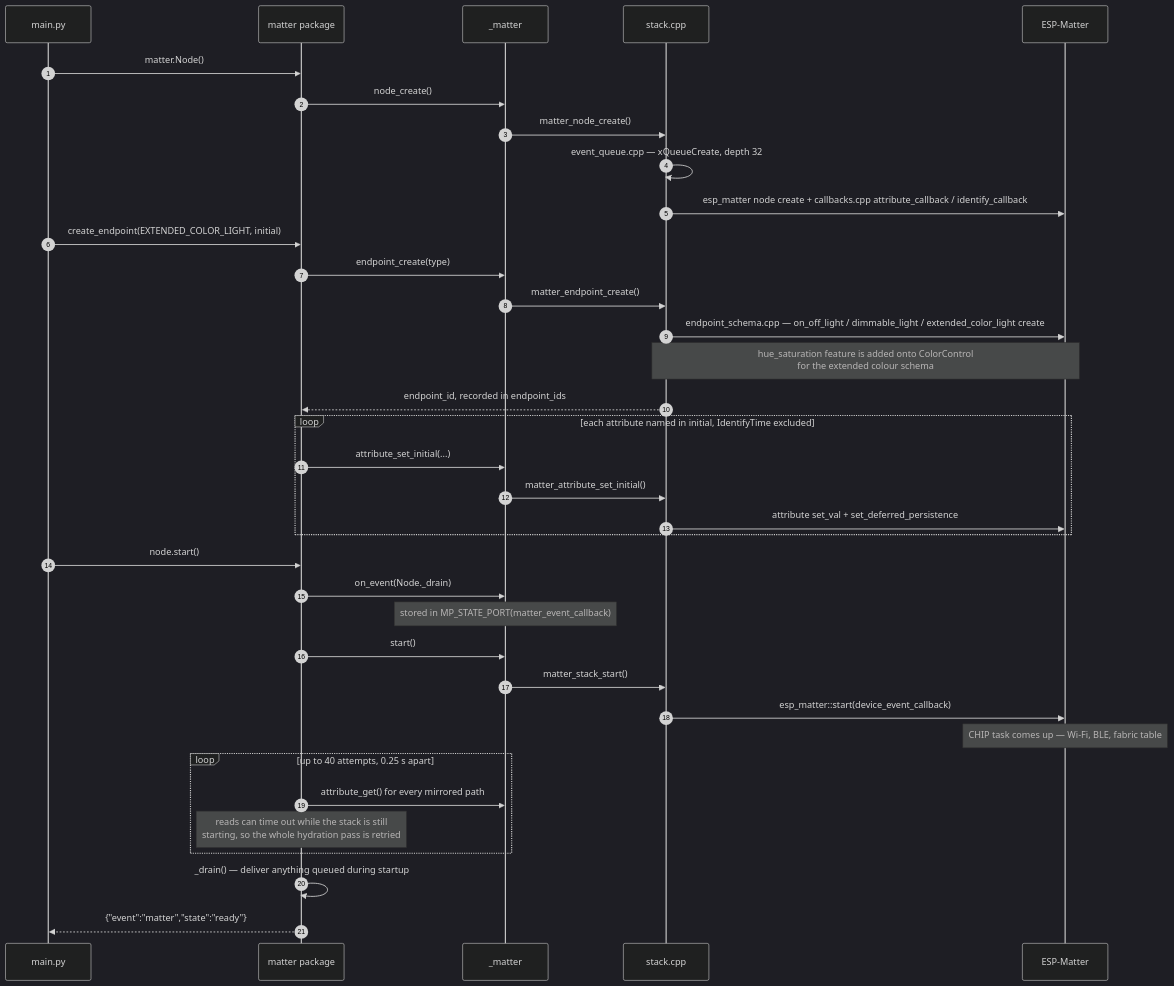
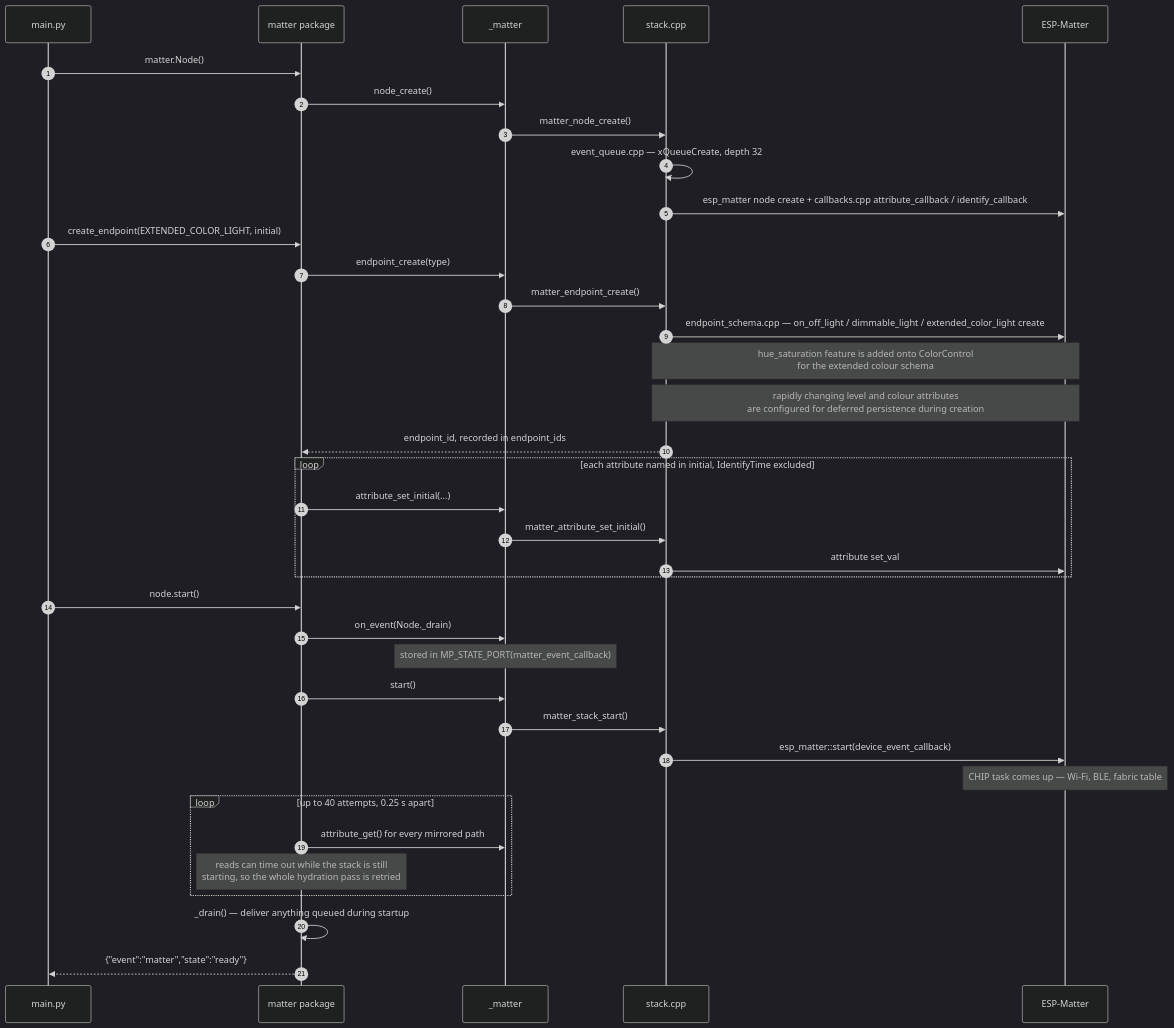
One commit to khlam/micropython-boardfarm changed the second of 5 diagrams in firmware-packages/matter/ARCHITECTURE.md. Above: the diagram before and after it, drawn with Mermaid (dark theme). The commit also changed 5 other files, not shown here.

````diff
--- a/firmware-packages/matter/ARCHITECTURE.md
+++ b/firmware-packages/matter/ARCHITECTURE.md
@@ -72,41 +72,42 @@
 ```mermaid
 sequenceDiagram
     autonumber
     participant app as main.py
     participant py as matter package
     participant mod as _matter
     participant st as stack.cpp
     participant esp as ESP-Matter
 
     app->>py: matter.Node()
     py->>mod: node_create()
     mod->>st: matter_node_create()
     st->>st: event_queue.cpp — xQueueCreate, depth 32
     st->>esp: esp_matter node create + callbacks.cpp attribute_callback / identify_callback
 
     app->>py: create_endpoint(EXTENDED_COLOR_LIGHT, initial)
     py->>mod: endpoint_create(type)
     mod->>st: matter_endpoint_create()
     st->>esp: endpoint_schema.cpp — on_off_light / dimmable_light / extended_color_light create
     Note over st,esp: hue_saturation feature is added onto ColorControl<br/>for the extended colour schema
+    Note over st,esp: rapidly changing level and colour attributes<br/>are configured for deferred persistence during creation
     st-->>py: endpoint_id, recorded in endpoint_ids
     loop each attribute named in initial, IdentifyTime excluded
         py->>mod: attribute_set_initial(...)
         mod->>st: matter_attribute_set_initial()
-        st->>esp: attribute set_val + set_deferred_persistence
+        st->>esp: attribute set_val
     end
 
     app->>py: node.start()
     py->>mod: on_event(Node._drain)
     Note over mod: stored in MP_STATE_PORT(matter_event_callback)
     py->>mod: start()
     mod->>st: matter_stack_start()
     st->>esp: esp_matter::start(device_event_callback)
     Note over esp: CHIP task comes up — Wi-Fi, BLE, fabric table
     loop up to 40 attempts, 0.25 s apart
         py->>mod: attribute_get() for every mirrored path
         Note over py: reads can time out while the stack is still<br/>starting, so the whole hydration pass is retried
     end
     py->>py: _drain() — deliver anything queued during startup
     py-->>app: {"event":"matter","state":"ready"}
 ```
````
